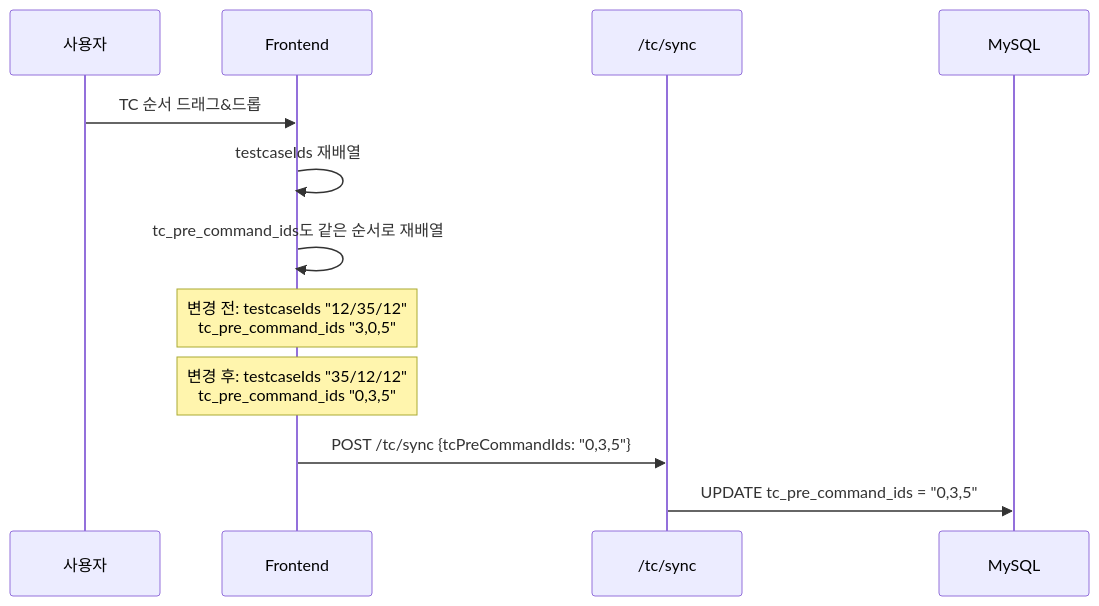
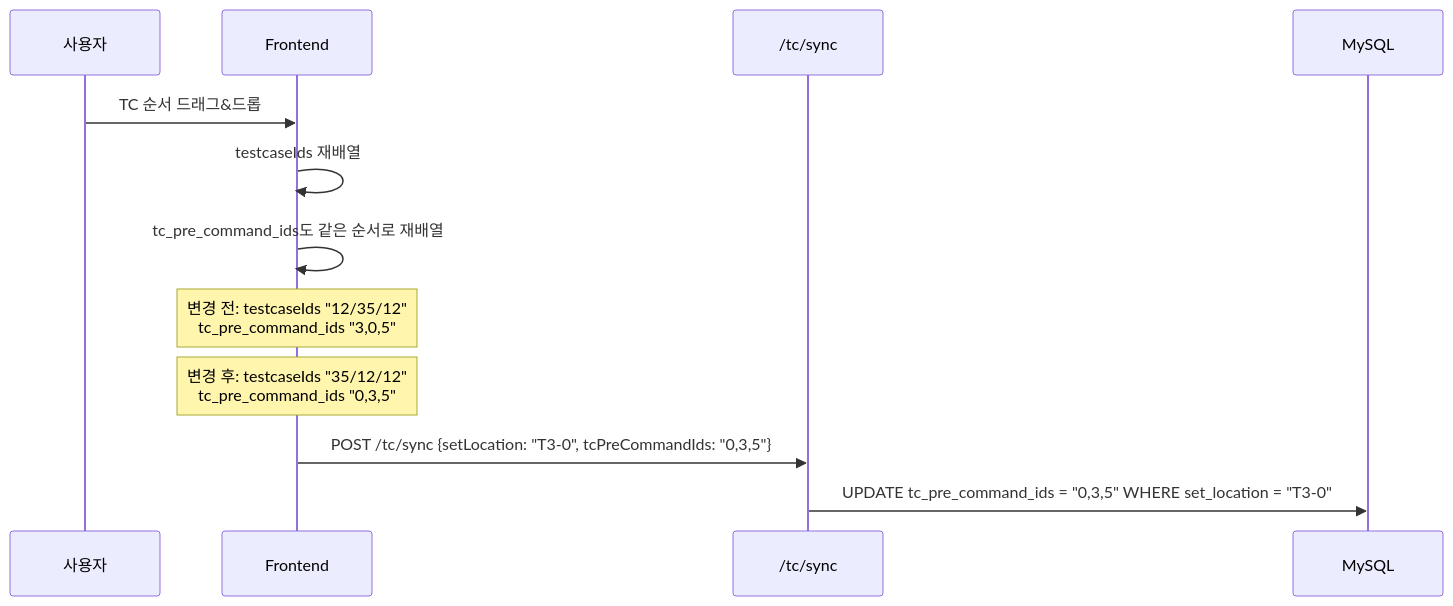
The third of 4 diagrams in src/content/docs/internals/pre-command-execution-flow.md (kakaromo/kakaromo.github.io), drawn with Mermaid before and after one commit. The commit also changed other lines of this file and 3 other files, not shown here.

First line of the commit message:
docs: Pre-Command 문서 setLocation 기반으로 전면 업데이트

````diff
--- a/src/content/docs/internals/pre-command-execution-flow.md
+++ b/src/content/docs/internals/pre-command-execution-flow.md
@@ -153,17 +153,17 @@
 ```mermaid
 sequenceDiagram
     participant User as 사용자
     participant FE as Frontend
     participant API as /tc/sync
     participant DB as MySQL
 
     User->>FE: TC 순서 드래그&드롭
     FE->>FE: testcaseIds 재배열
     FE->>FE: tc_pre_command_ids도 같은 순서로 재배열
 
     Note over FE: 변경 전: testcaseIds "12/35/12"<br/>tc_pre_command_ids "3,0,5"
     Note over FE: 변경 후: testcaseIds "35/12/12"<br/>tc_pre_command_ids "0,3,5"
 
-    FE->>API: POST /tc/sync {tcPreCommandIds: "0,3,5"}
-    API->>DB: UPDATE tc_pre_command_ids = "0,3,5"
+    FE->>API: POST /tc/sync {setLocation: "T3-0", tcPreCommandIds: "0,3,5"}
+    API->>DB: UPDATE tc_pre_command_ids = "0,3,5" WHERE set_location = "T3-0"
 ```
````
